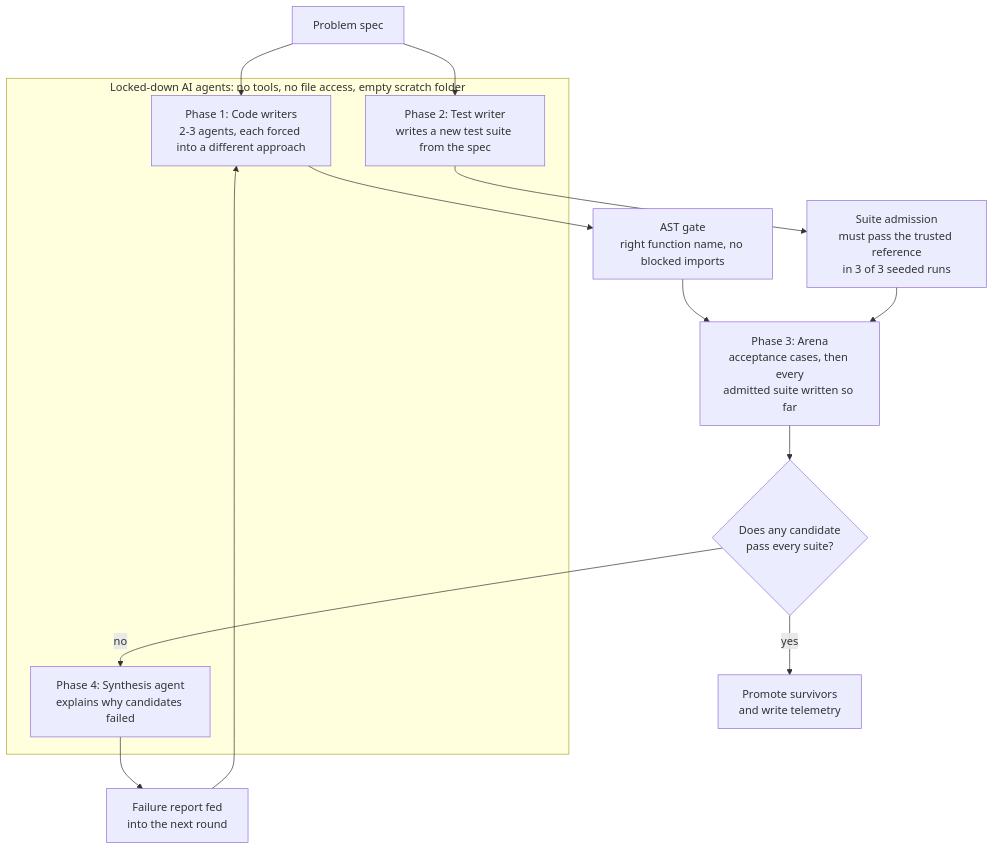
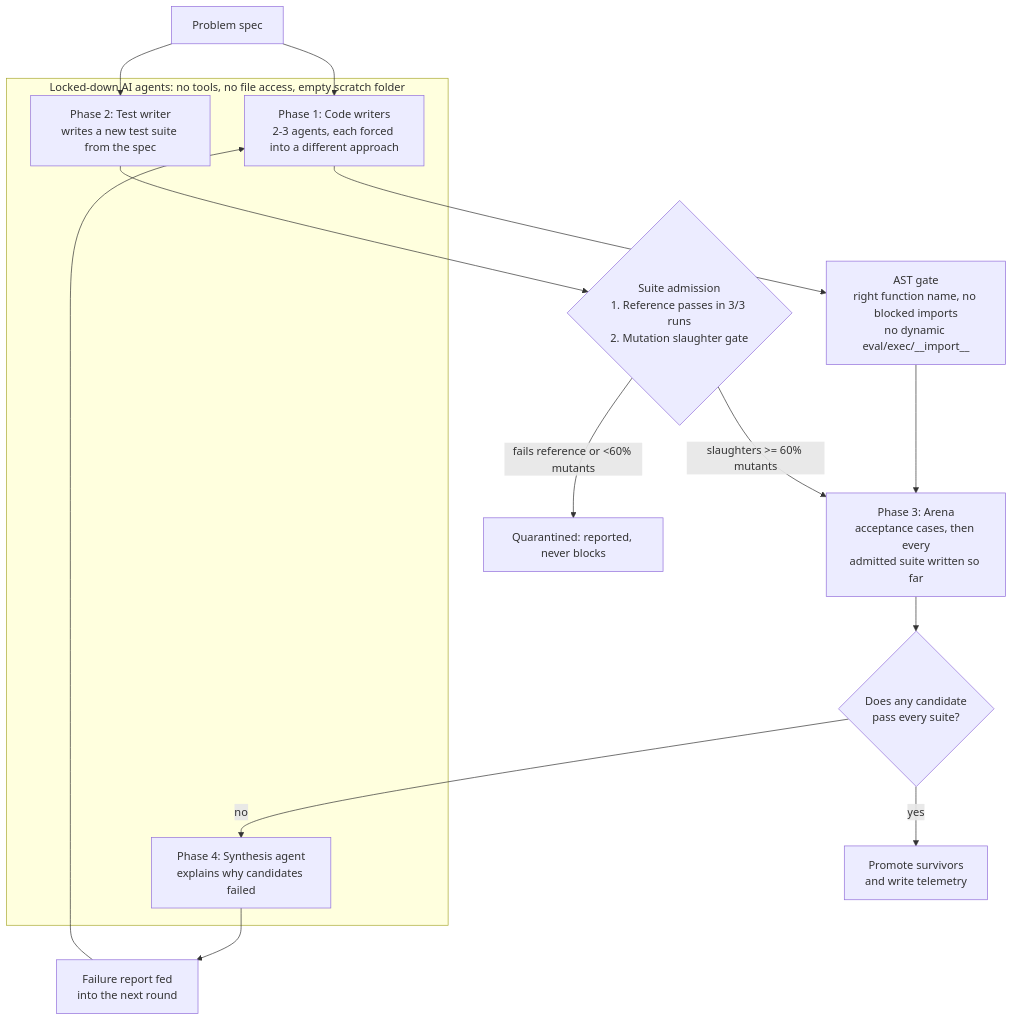
Before and after one commit to WrdCstlg/crucible-Sept: the first of 2 diagrams in docs/CRUCIBLE.md, drawn with Mermaid. The commit also changed other lines of this file and 11 other files, not shown here.

````diff
--- a/docs/CRUCIBLE.md
+++ b/docs/CRUCIBLE.md
@@ -7,19 +7,20 @@
 ```mermaid
 flowchart TD
     subgraph LOCK["Locked-down AI agents: no tools, no file access, empty scratch folder"]
         G["Phase 1: Code writers<br/>2-3 agents, each forced into a different approach"]
         Q["Phase 2: Test writer<br/>writes a new test suite from the spec"]
         SY["Phase 4: Synthesis agent<br/>explains why candidates failed"]
     end
     S["Problem spec"] --> G
     S --> Q
-    G --> AST["AST gate<br/>right function name, no blocked imports"]
+    G --> AST["AST gate<br/>right function name, no blocked imports<br/>no dynamic eval/exec/__import__"]
     AST --> AR["Phase 3: Arena<br/>acceptance cases, then every<br/>admitted suite written so far"]
-    Q --> ADM["Suite admission<br/>must pass the trusted reference<br/>in 3 of 3 seeded runs"]
-    ADM --> AR
+    Q --> ADM{"Suite admission<br/>1. Reference passes in 3/3 runs<br/>2. Mutation slaughter gate"}
+    ADM -- "slaughters >= 60% mutants" --> AR
+    ADM -- "fails reference or <60% mutants" --> QUAR["Quarantined: reported, never blocks"]
     AR --> D{"Does any candidate<br/>pass every suite?"}
     D -- yes --> P["Promote survivors<br/>and write telemetry"]
     D -- no --> SY
     SY --> F["Failure report fed<br/>into the next round"]
     F --> G
 ```
````
